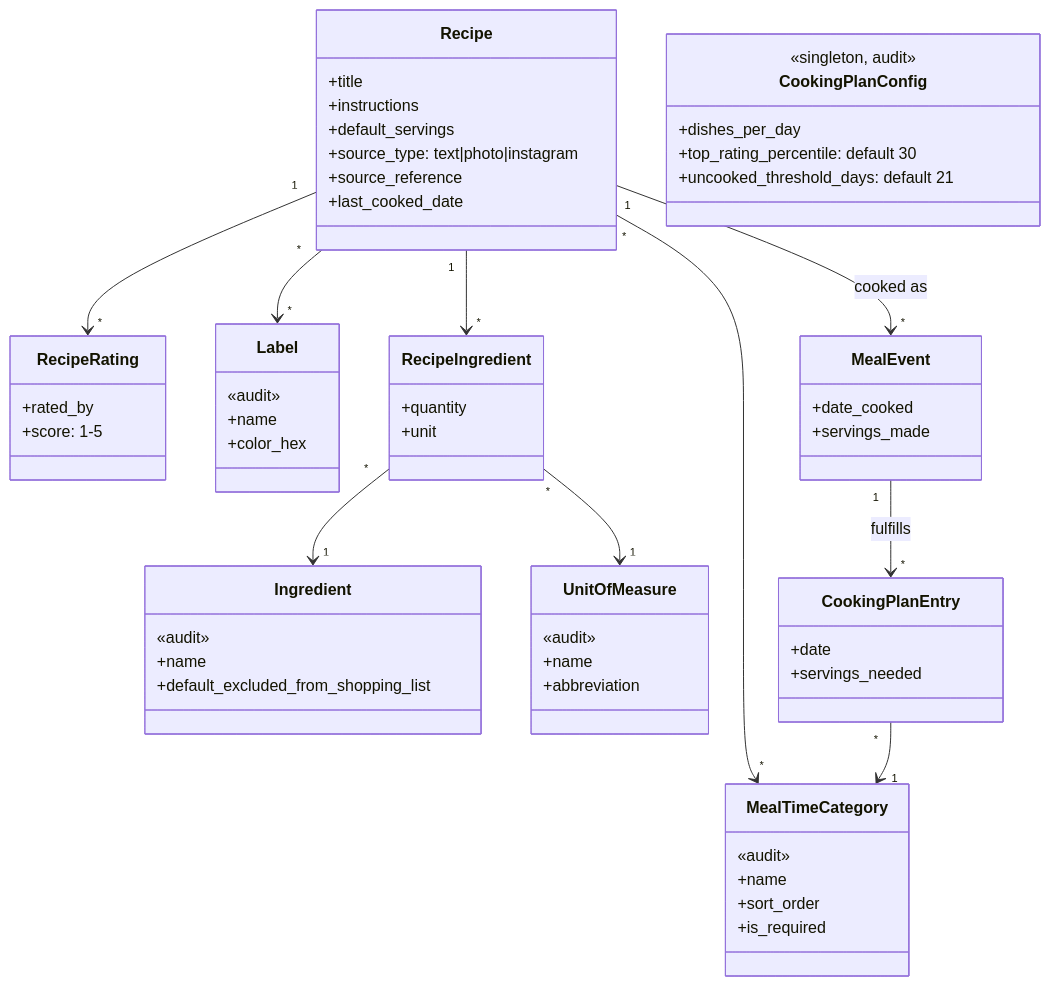
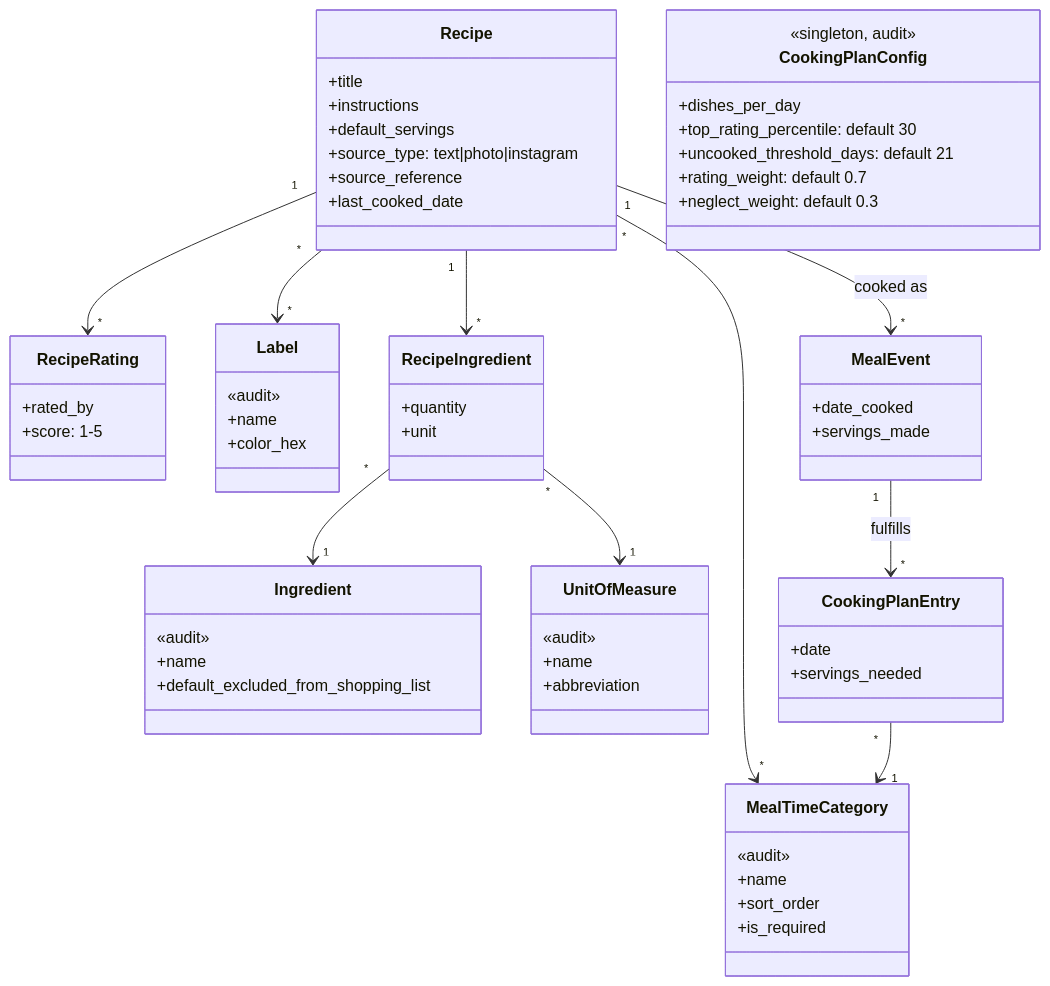
Before and after one commit to huseti/husehold: the third of 6 diagrams in PLANNING.md, drawn with Mermaid. The commit also changed other lines of this file and 1 other file, not shown here.

````diff
--- a/PLANNING.md
+++ b/PLANNING.md
@@ -218,73 +218,75 @@
 ```mermaid
 classDiagram
   class MealTimeCategory {
     «audit»
     +name
     +sort_order
     +is_required
   }
 
   class Recipe {
     +title
     +instructions
     +default_servings
     +source_type: text|photo|instagram
     +source_reference
     +last_cooked_date
   }
 
   class RecipeRating {
     +rated_by
     +score: 1-5
   }
 
   class Label {
     «audit»
     +name
     +color_hex
   }
 
   class RecipeIngredient {
     +quantity
     +unit
   }
 
   class Ingredient {
     «audit»
     +name
     +default_excluded_from_shopping_list
   }
 
   class UnitOfMeasure {
     «audit»
     +name
     +abbreviation
   }
 
   class MealEvent {
     +date_cooked
     +servings_made
   }
 
   class CookingPlanEntry {
     +date
     +servings_needed
   }
 
   class CookingPlanConfig {
     <<singleton, audit>>
     +dishes_per_day
     +top_rating_percentile: default 30
     +uncooked_threshold_days: default 21
+    +rating_weight: default 0.7
+    +neglect_weight: default 0.3
   }
 
   Recipe "*" --> "*" MealTimeCategory
   Recipe "*" --> "*" Label
   Recipe "1" --> "*" RecipeIngredient
   RecipeIngredient "*" --> "1" Ingredient
   RecipeIngredient "*" --> "1" UnitOfMeasure
   Recipe "1" --> "*" RecipeRating
   Recipe "1" --> "*" MealEvent : cooked as
   MealEvent "1" --> "*" CookingPlanEntry : fulfills
   CookingPlanEntry "*" --> "1" MealTimeCategory
 ```
````
